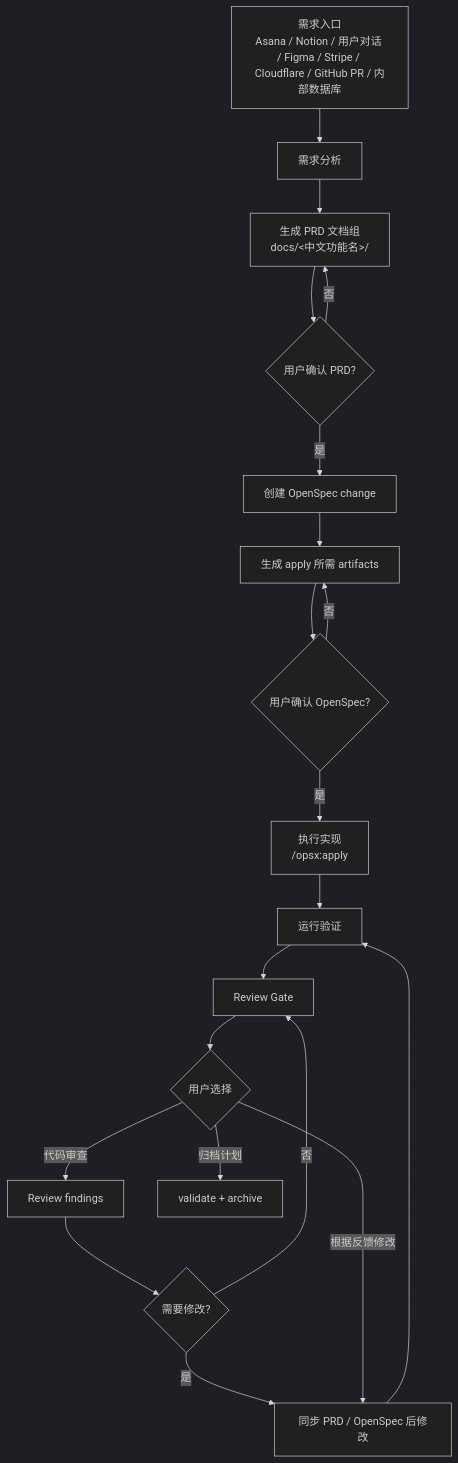
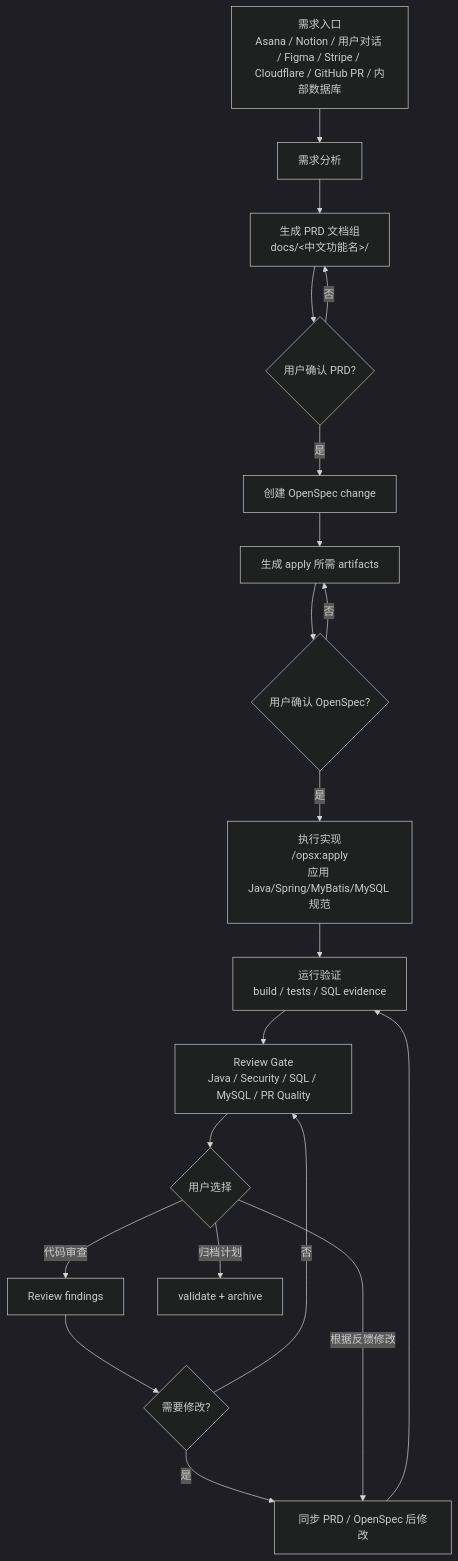
The first of 6 diagrams in 流程图.md (WealthyMan95/hades-openspec-java-workflow), drawn with Mermaid (dark theme) before and after one commit. The commit also changed other lines of this file and 50 other files, not shown here.

Commit message:
feat: absorb Java MySQL delivery guardrails

````diff
--- a/流程图.md
+++ b/流程图.md
@@ -5,22 +5,22 @@
 ```mermaid
 flowchart TD
   A["需求入口<br/>Asana / Notion / 用户对话 / Figma / Stripe / Cloudflare / GitHub PR / 内部数据库"] --> B["需求分析"]
   B --> C["生成 PRD 文档组<br/>docs/&lt;中文功能名&gt;/"]
   C --> D{"用户确认 PRD?"}
   D -- "否" --> C
   D -- "是" --> E["创建 OpenSpec change"]
   E --> F["生成 apply 所需 artifacts"]
   F --> G{"用户确认 OpenSpec?"}
   G -- "否" --> F
-  G -- "是" --> H["执行实现<br/>/opsx:apply"]
-  H --> I["运行验证"]
-  I --> J["Review Gate"]
+  G -- "是" --> H["执行实现<br/>/opsx:apply<br/>应用 Java/Spring/MyBatis/MySQL 规范"]
+  H --> I["运行验证<br/>build / tests / SQL evidence"]
+  I --> J["Review Gate<br/>Java / Security / SQL / MySQL / PR Quality"]
   J --> K{"用户选择"}
   K -- "代码审查" --> L["Review findings"]
   L --> M{"需要修改?"}
   M -- "是" --> N["同步 PRD / OpenSpec 后修改"]
   N --> I
   M -- "否" --> J
   K -- "根据反馈修改" --> N
   K -- "归档计划" --> O["validate + archive"]
 ```
````
